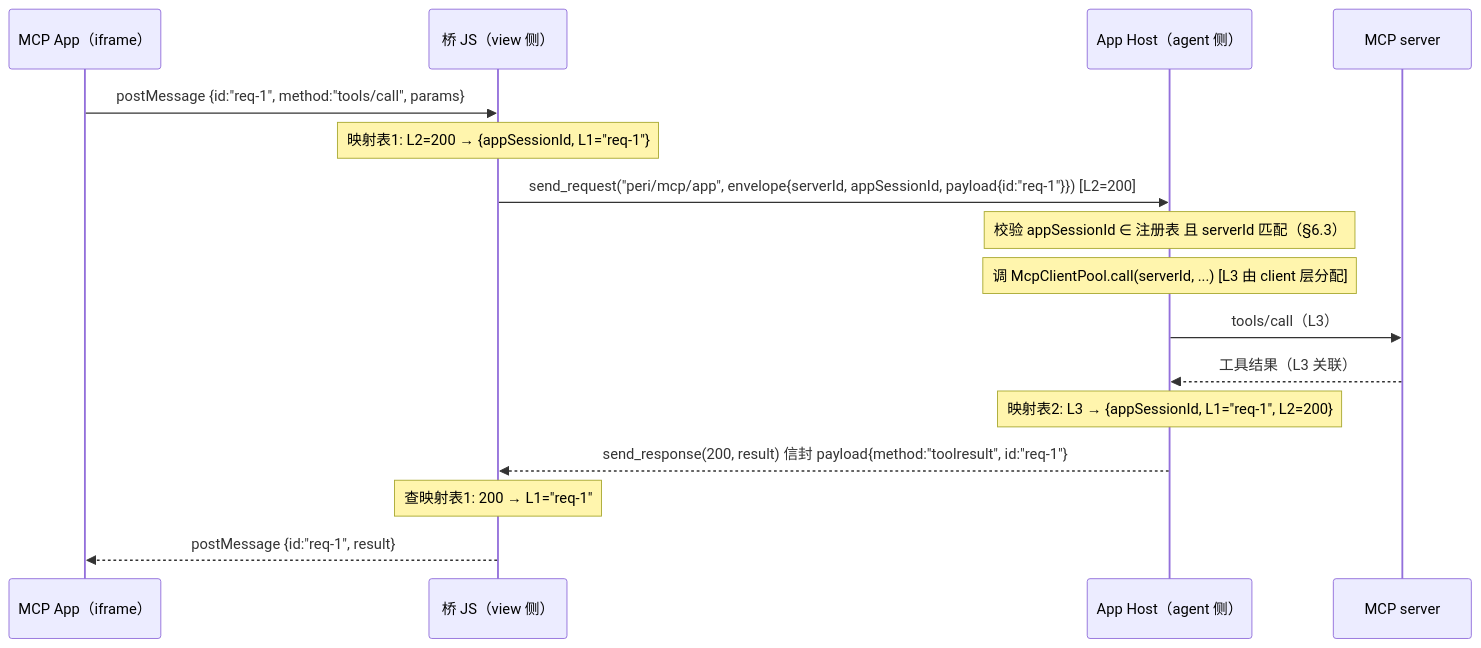
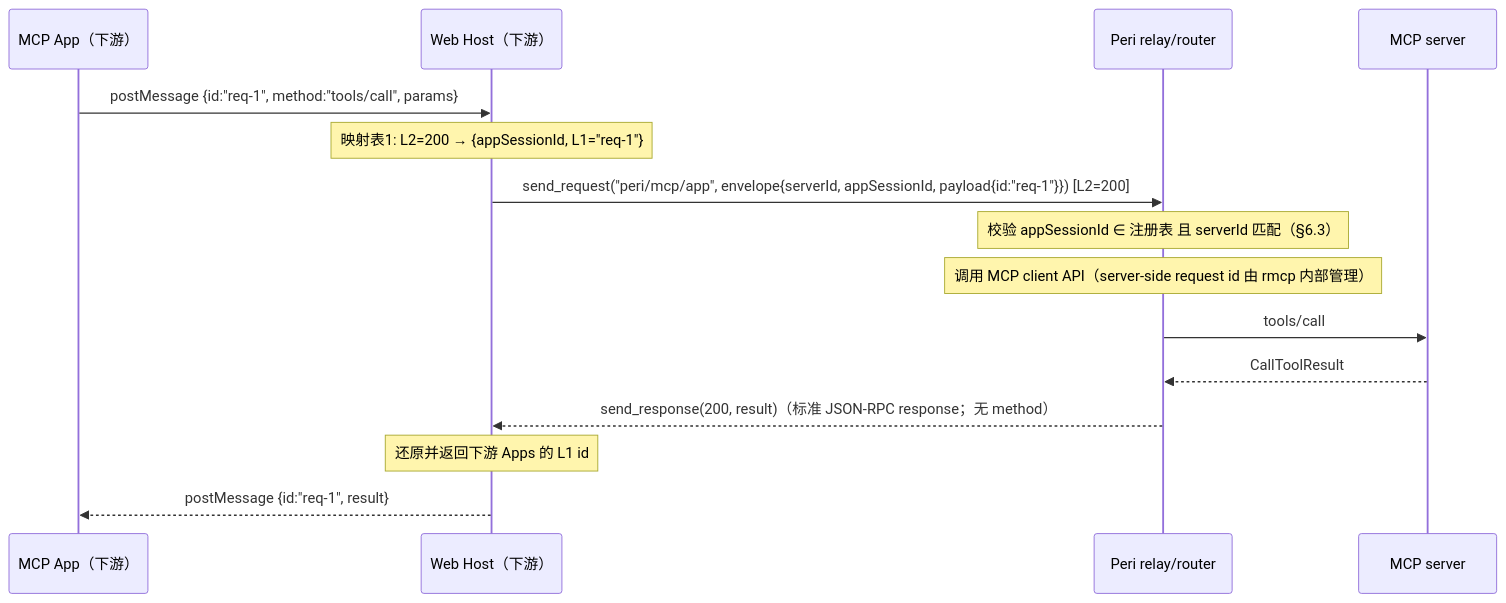
The first of 4 diagrams in docs/design/mcp-multiplexing.md (KonghaYao/peri), drawn with Mermaid before and after one commit. The commit also changed other lines of this file and 48 other files, not shown here.

First line of the commit message:
Merge pull request #103 from KonghaYao/feature/mcp-apps

````diff
--- a/docs/design/mcp-multiplexing.md
+++ b/docs/design/mcp-multiplexing.md
@@ -148,19 +156,18 @@
 ```mermaid
 sequenceDiagram
-    participant A as MCP App（iframe）
-    participant V as 桥 JS（view 侧）
-    participant H as App Host（agent 侧）
+    participant A as MCP App（下游）
+    participant V as Web Host（下游）
+    participant H as Peri relay/router
     participant S as MCP server
 
     A->>V: postMessage {id:"req-1", method:"tools/call", params}
     Note over V: 映射表1: L2=200 → {appSessionId, L1="req-1"}
     V->>H: send_request("peri/mcp/app", envelope{serverId, appSessionId, payload{id:"req-1"}}) [L2=200]
     Note over H: 校验 appSessionId ∈ 注册表 且 serverId 匹配（§6.3）
-    Note over H: 调 McpClientPool.call(serverId, ...) [L3 由 client 层分配]
-    H->>S: tools/call（L3）
-    S-->>H: 工具结果（L3 关联）
-    Note over H: 映射表2: L3 → {appSessionId, L1="req-1", L2=200}
-    H-->>V: send_response(200, result) 信封 payload{method:"toolresult", id:"req-1"}
-    Note over V: 查映射表1: 200 → L1="req-1"
+    Note over H: 调用 MCP client API（server-side request id 由 rmcp 内部管理）
+    H->>S: tools/call
+    S-->>H: CallToolResult
+    H-->>V: send_response(200, result)（标准 JSON-RPC response；无 method）
+    Note over V: 还原并返回下游 Apps 的 L1 id
     V-->>A: postMessage {id:"req-1", result}
 ```
````
